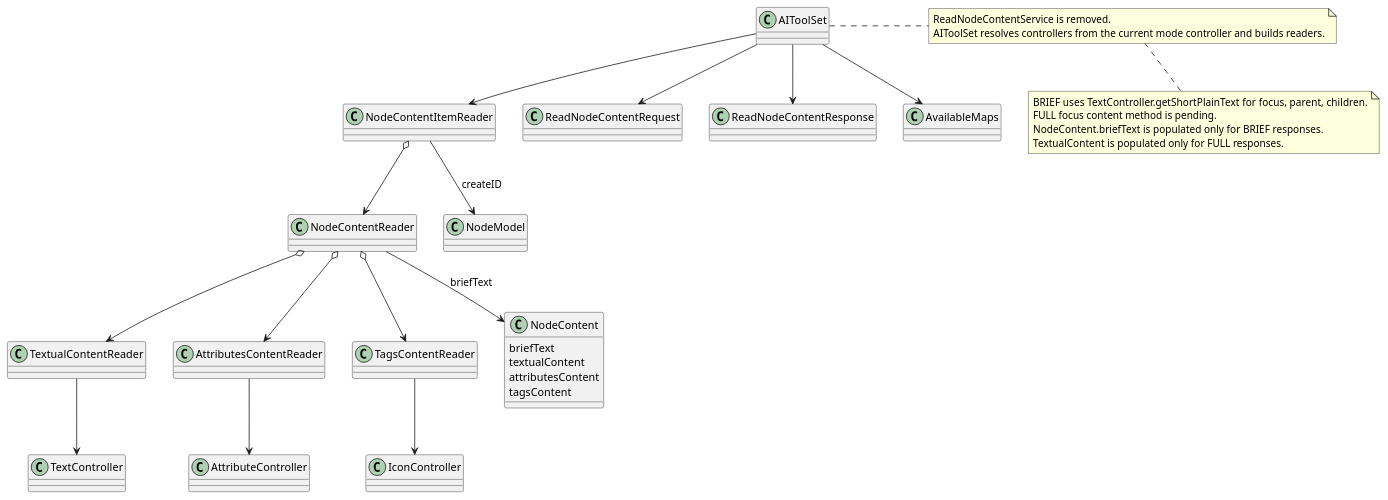
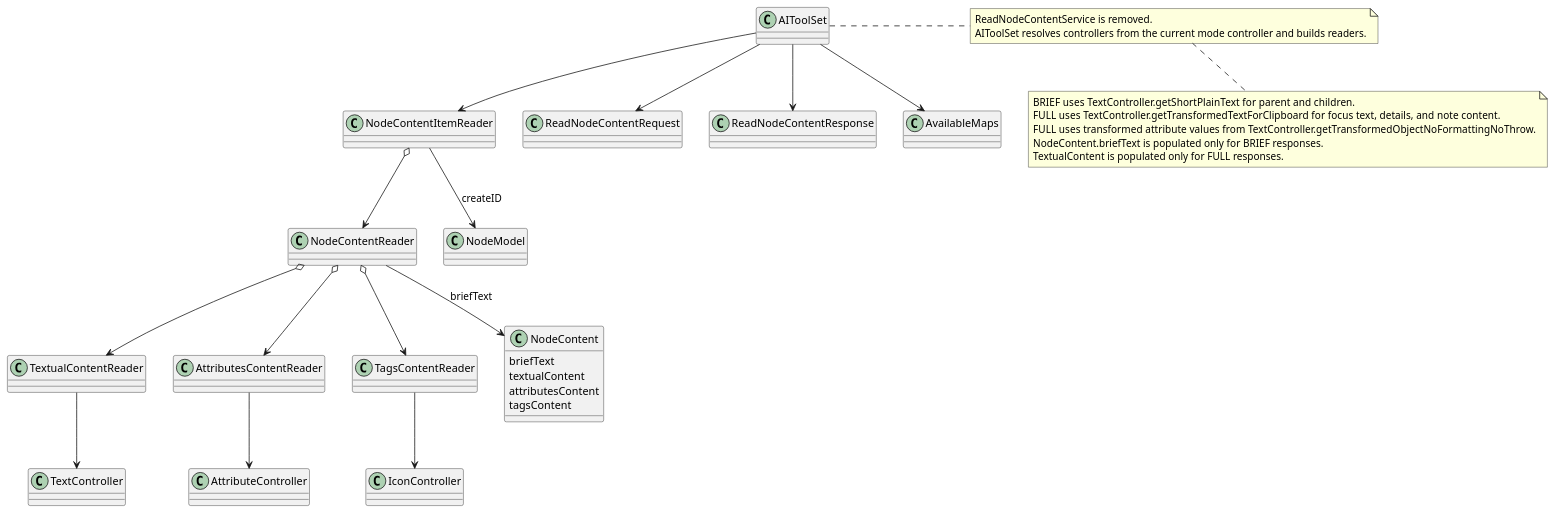
Before and after one commit to guoranjun2/nexordia: the sixth of 11 diagrams in freeplane_plugin_ai/specs/sprints/sprint-001.md, drawn with PlantUML. The commit also changed other lines of this file and 9 other files, not shown here.

Commit message:
full content

````diff
--- a/freeplane_plugin_ai/specs/sprints/sprint-001.md
+++ b/freeplane_plugin_ai/specs/sprints/sprint-001.md
@@ -102,49 +105,50 @@
 ```plantuml
 @startuml
 class TextualContentReader
 class AttributesContentReader
 class TagsContentReader
 class NodeContentReader
 class NodeContentItemReader
 class ReadNodeContentRequest
 class ReadNodeContentResponse
 class AIToolSet
 class AvailableMaps
 class NodeModel
 class TextController
 class AttributeController
 class IconController
 class NodeContent {
 briefText
 textualContent
 attributesContent
 tagsContent
 }
 
 TextualContentReader --> TextController
 AttributesContentReader --> AttributeController
 TagsContentReader --> IconController
 NodeContentReader o--> TextualContentReader
 NodeContentReader o--> AttributesContentReader
 NodeContentReader o--> TagsContentReader
 NodeContentReader --> NodeContent : briefText
 NodeContentItemReader o--> NodeContentReader
 NodeContentItemReader --> NodeModel : createID
 AIToolSet --> NodeContentItemReader
 AIToolSet --> AvailableMaps
 AIToolSet --> ReadNodeContentRequest
 AIToolSet --> ReadNodeContentResponse
 
 note right of AIToolSet
 ReadNodeContentService is removed.
 AIToolSet resolves controllers from the current mode controller and builds readers.
 end note
 
 note bottom
-BRIEF uses TextController.getShortPlainText for focus, parent, children.
-FULL focus content method is pending.
+BRIEF uses TextController.getShortPlainText for parent and children.
+FULL uses TextController.getTransformedTextForClipboard for focus text, details, and note content.
+FULL uses transformed attribute values from TextController.getTransformedObjectNoFormattingNoThrow.
 NodeContent.briefText is populated only for BRIEF responses.
 TextualContent is populated only for FULL responses.
 end note
 @enduml
 ```
````
